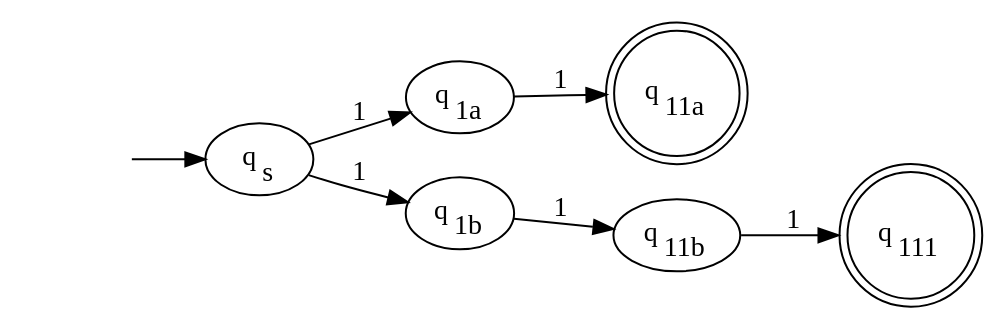
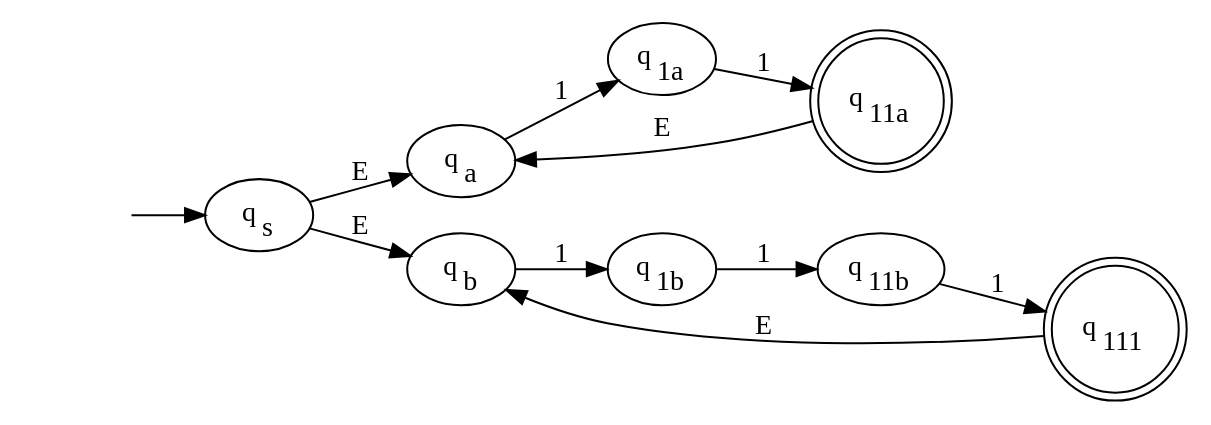
One commit to atu-se/atu.innomadic.com changed the third of 11 diagrams in courses/flat/lectures/lecture3.md. Above: the diagram before and after it, drawn with Graphviz. The commit also changed other lines of this file and 28 other files, not shown here.

````diff
--- a/courses/flat/lectures/lecture3.md
+++ b/courses/flat/lectures/lecture3.md
@@ -137,21 +137,27 @@
 ```dot
 digraph G{
     rankdir="LR"
     null [label= "", shape=none]
     qs [label=<q<SUB>s</SUB>>]
+    qa [label=<q<SUB>a</SUB>>]
+    qb [label=<q<SUB>b</SUB>>]
 
     q1a [label=<q<SUB>1a</SUB>>]
     q1b [label=<q<SUB>1b</SUB>>]
     q11b [label=<q<SUB>11b</SUB>>]
     
     q11a [label=<q<SUB>11a</SUB>>, shape=doublecircle]
     q111 [label=<q<SUB>111</SUB>>, shape=doublecircle]
 
     null -> qs
-    qs -> q1a [label="1"]
-    qs -> q1b [label="1"]
+    qs -> qa [label="E"]
+    qs -> qb [label="E"]
+    qa -> q1a [label="1"]
+    qb -> q1b [label="1"]
     q1a -> q11a [label="1"]
     q1b -> q11b [label="1"]
     q11b -> q111 [label="1"]
+    q11a -> qa [label="E"]
+    q111 -> qb [label="E"]
 }
 ```
````
